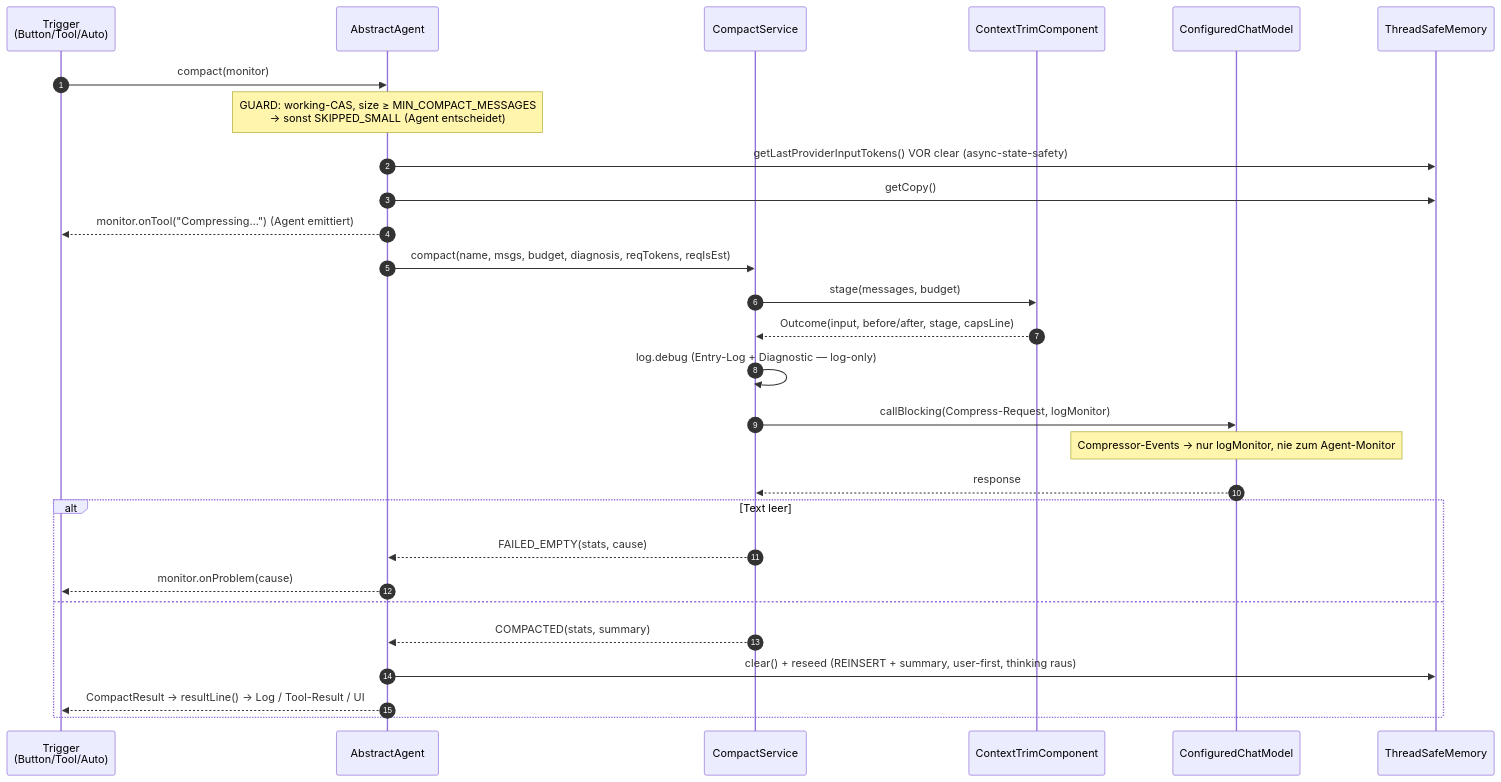
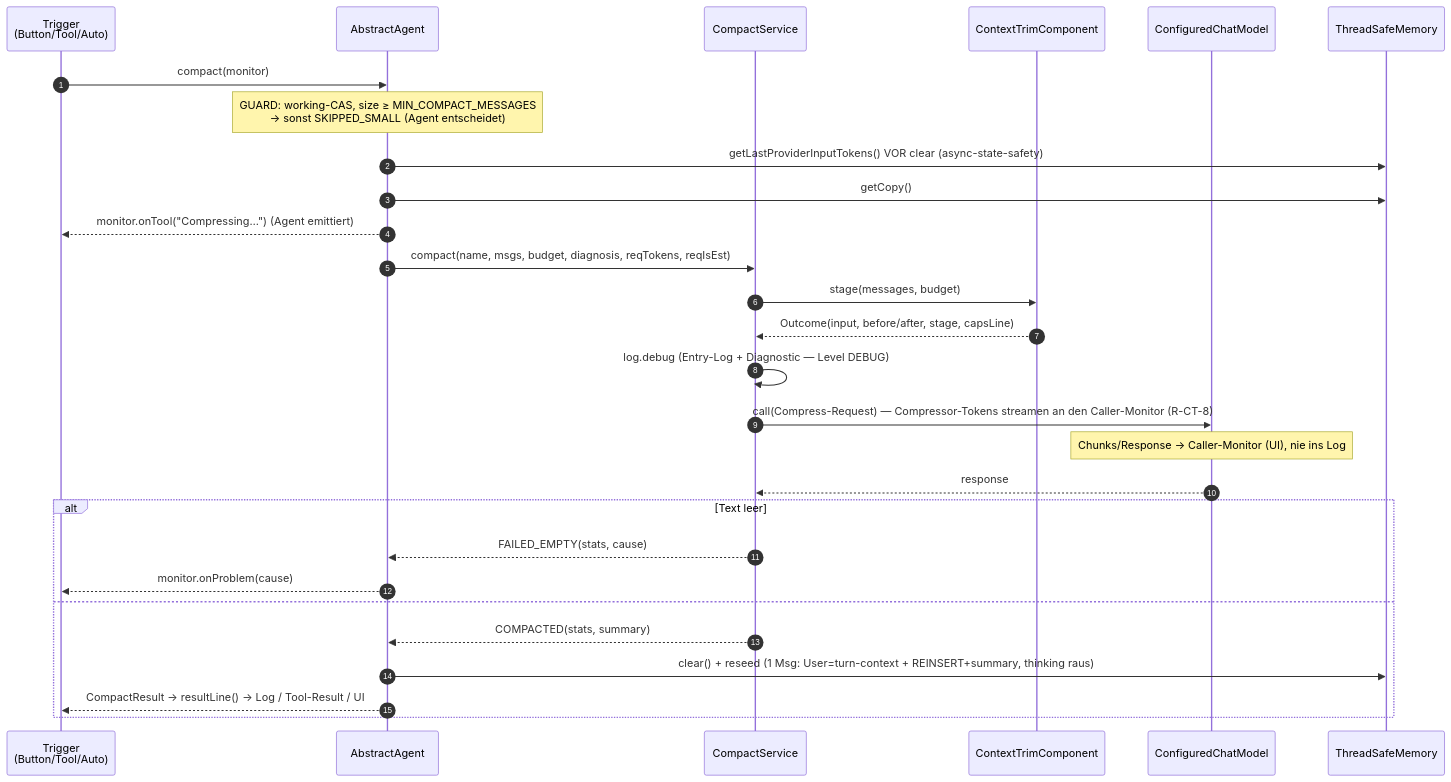
Before and after one commit to pijulius/eclipse-peon-ai: the second of 2 diagrams in org.sterl.llmpeon.core/docs/compact-architektur.md, drawn with Mermaid. The commit also changed other lines of this file and 182 other files, not shown here.

````diff
--- a/org.sterl.llmpeon.core/docs/compact-architektur.md
+++ b/org.sterl.llmpeon.core/docs/compact-architektur.md
@@ -100,31 +106,31 @@
 ```mermaid
 sequenceDiagram
     autonumber
     participant T as Trigger<br/>(Button/Tool/Auto)
     participant A as AbstractAgent
     participant S as CompactService
     participant C as ContextTrimComponent
     participant L as ConfiguredChatModel
     participant M as ThreadSafeMemory
 
     T->>A: compact(monitor)
     Note over A: GUARD: working-CAS, size ≥ MIN_COMPACT_MESSAGES<br/>→ sonst SKIPPED_SMALL (Agent entscheidet)
     A->>M: getLastProviderInputTokens() VOR clear (async-state-safety)
     A->>M: getCopy()
     A-->>T: monitor.onTool("Compressing…") (Agent emittiert)
     A->>S: compact(name, msgs, budget, diagnosis, reqTokens, reqIsEst)
     S->>C: stage(messages, budget)
     C-->>S: Outcome(input, before/after, stage, capsLine)
-    S->>S: log.debug (Entry-Log + Diagnostic — log-only)
-    S->>L: callBlocking(Compress-Request, logMonitor)
-    Note over L: Compressor-Events → nur logMonitor, nie zum Agent-Monitor
+    S->>S: log.debug (Entry-Log + Diagnostic — Level DEBUG)
+    S->>L: call(Compress-Request) — Compressor-Tokens streamen an den Caller-Monitor (R-CT-8)
+    Note over L: Chunks/Response → Caller-Monitor (UI), nie ins Log
     L-->>S: response
     alt Text leer
         S-->>A: FAILED_EMPTY(stats, cause)
         A-->>T: monitor.onProblem(cause)
     else
         S-->>A: COMPACTED(stats, summary)
-        A->>M: clear() + reseed (REINSERT + summary, user-first, thinking raus)
+        A->>M: clear() + reseed (1 Msg: User=turn-context + REINSERT+summary, thinking raus)
         A-->>T: CompactResult → resultLine() → Log / Tool-Result / UI
     end
 ```
````
